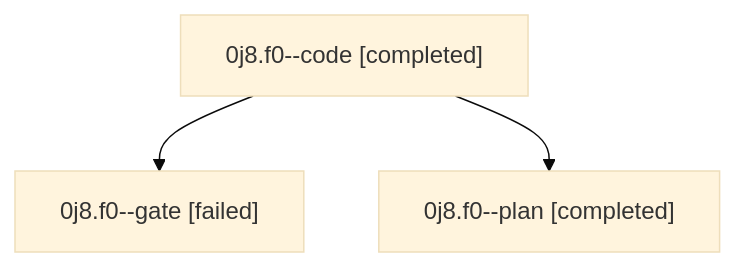
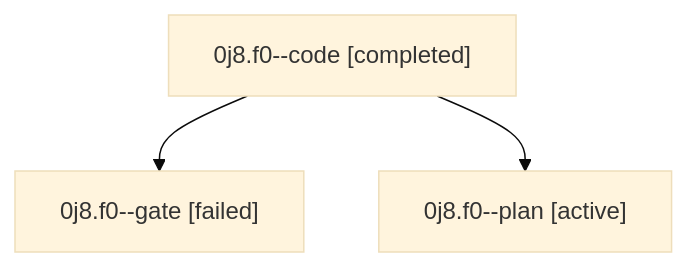
Before and after one commit to sase-org/sase--agents: the diagram in families/bbugyi200.athena.0j8.f0.md, drawn with Mermaid (base theme). The commit also changed other lines of this file and 35830 other files, not shown here.

````diff
--- a/families/bbugyi200.athena.0j8.f0.md
+++ b/families/bbugyi200.athena.0j8.f0.md
@@ -9,8 +9,8 @@
 ```mermaid
 flowchart TD
   n0["0j8.f0--code [completed]"]
   n1["0j8.f0--gate [failed]"]
   n0 --> n1
-  n2["0j8.f0--plan [completed]"]
+  n2["0j8.f0--plan [active]"]
   n0 --> n2
 ```
````
